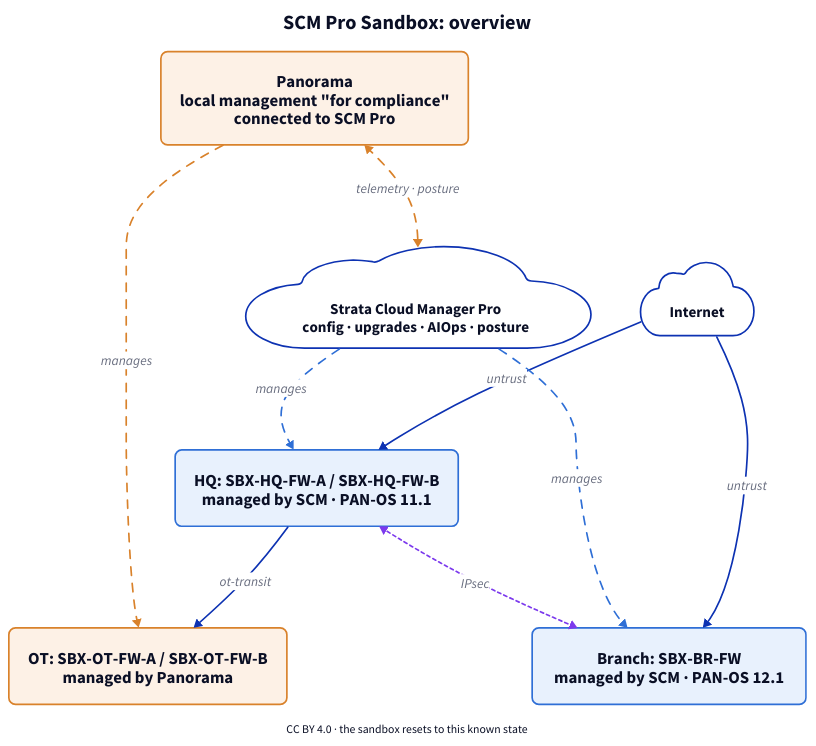
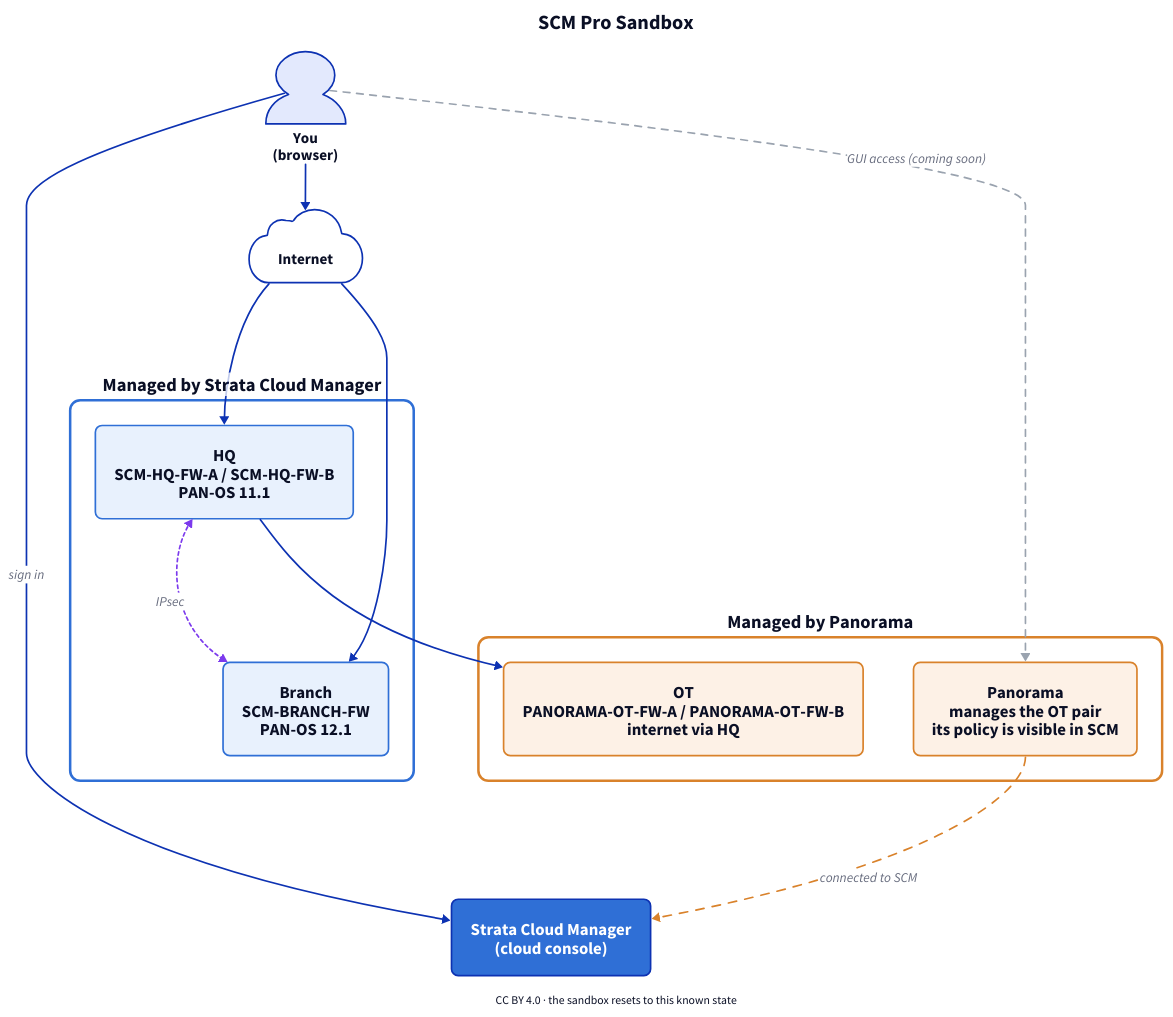
The diagram in drawings/overview.d2 (gegrsyn/SCMPro-Sandbox), drawn with D2 before and after one commit. The commit also changed 9 other files, not shown here.

Commit message:
Simpler README, manager-obvious device names, clearer drawings, access section (not live yet); guide removed for now

```diff
--- a/drawings/overview.d2
+++ b/drawings/overview.d2
@@ -1,36 +1,48 @@
 direction: down
-title: "SCM Pro Sandbox: overview" {near: top-center; shape: text; style.font-size: 24; style.bold: true}
+title: "SCM Pro Sandbox" {near: top-center; shape: text; style.font-size: 24; style.bold: true}
 
-scm: {
-  label: "Strata Cloud Manager Pro\nconfig · upgrades · AIOps · posture"
-  shape: cloud; style: {font-size: 18}
+you: {
+  label: "You\n(browser)"
+  shape: person; style: {font-size: 18}
 }
 internet: {
   label: "Internet"
   shape: cloud; style: {font-size: 18}
 }
-hq: {
-  label: "HQ: SBX-HQ-FW-A / SBX-HQ-FW-B\nmanaged by SCM · PAN-OS 11.1"
-  style: {fill: "#e8f1fd"; stroke: "#2f6fd6"; border-radius: 8; font-size: 20}
+console: {
+  label: "Strata Cloud Manager\n(cloud console)"
+  shape: rectangle; style: {fill: "#2f6fd6"; font-color: "#ffffff"; border-radius: 8; font-size: 20}
 }
-internet -> hq: "untrust" {style: {font-size: 16}}
-scm -> hq: manages {style: {stroke: "#2f6fd6"; stroke-dash: 5; font-size: 16}}
-branch: {
-  label: "Branch: SBX-BR-FW\nmanaged by SCM · PAN-OS 12.1"
-  style: {fill: "#e8f1fd"; stroke: "#2f6fd6"; border-radius: 8; font-size: 20}
+scm: {
+  label: "Managed by Strata Cloud Manager"
+  style: {stroke: "#2f6fd6"; stroke-width: 3; fill: "#ffffff"; border-radius: 12; font-size: 22; bold: true}
+  hq: {
+    label: "HQ\nSCM-HQ-FW-A / SCM-HQ-FW-B\nPAN-OS 11.1"
+    style: {fill: "#e8f1fd"; stroke: "#2f6fd6"; border-radius: 8; font-size: 20}
+  }
+  branch: {
+    label: "Branch\nSCM-BRANCH-FW\nPAN-OS 12.1"
+    style: {fill: "#e8f1fd"; stroke: "#2f6fd6"; border-radius: 8; font-size: 20}
+  }
 }
-internet -> branch: "untrust" {style: {font-size: 16}}
-scm -> branch: manages {style: {stroke: "#2f6fd6"; stroke-dash: 5; font-size: 16}}
-hq <-> branch: "IPsec" {style: {stroke: "#7c3aed"; stroke-dash: 2; font-size: 16}}
-panorama: {
-  label: "Panorama\nlocal management \"for compliance\"\nconnected to SCM Pro"
-  style: {fill: "#fdf1e6"; stroke: "#d9822b"; border-radius: 8; font-size: 20}
+pano: {
+  label: "Managed by Panorama"
+  style: {stroke: "#d9822b"; stroke-width: 3; fill: "#ffffff"; border-radius: 12; font-size: 22; bold: true}
+  panorama: {
+    label: "Panorama\nmanages the OT pair\nits policy is visible in SCM"
+    style: {fill: "#fdf1e6"; stroke: "#d9822b"; border-radius: 8; font-size: 20}
+  }
+  ot: {
+    label: "OT\nPANORAMA-OT-FW-A / PANORAMA-OT-FW-B\ninternet via HQ"
+    style: {fill: "#fdf1e6"; stroke: "#d9822b"; border-radius: 8; font-size: 20}
+  }
 }
-ot: {
-  label: "OT: SBX-OT-FW-A / SBX-OT-FW-B\nmanaged by Panorama"
-  style: {fill: "#fdf1e6"; stroke: "#d9822b"; border-radius: 8; font-size: 20}
-}
-hq -> ot: "ot-transit" {style: {font-size: 16}}
-panorama -> ot: manages {style: {stroke: "#d9822b"; stroke-dash: 5; font-size: 16}}
-panorama <-> scm: "telemetry · posture" {style: {stroke: "#d9822b"; stroke-dash: 5; font-size: 16}}
+you -> console: "sign in" {style: {font-size: 16}}
+you -> internet: {style: {font-size: 16}}
+internet -> scm.hq {style: {font-size: 16}}
+internet -> scm.branch {style: {font-size: 16}}
+scm.hq <-> scm.branch: "IPsec" {style: {stroke: "#7c3aed"; stroke-dash: 2; font-size: 16}}
+scm.hq -> pano.ot {style: {font-size: 16}}
+pano.panorama -> console: "connected to SCM" {style: {stroke: "#d9822b"; stroke-dash: 5; font-size: 16}}
+you -> pano.panorama: "GUI access (coming soon)" {style: {stroke: "#9aa3af"; stroke-dash: 4; font-size: 16}}
 foot: "CC BY 4.0 · the sandbox resets to this known state" {shape: text; near: bottom-center; style.font-size: 14}
```
